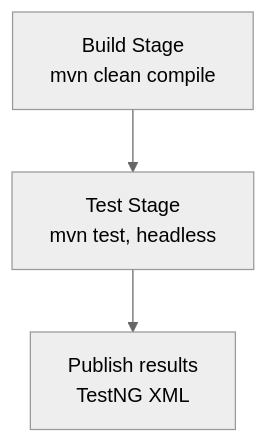
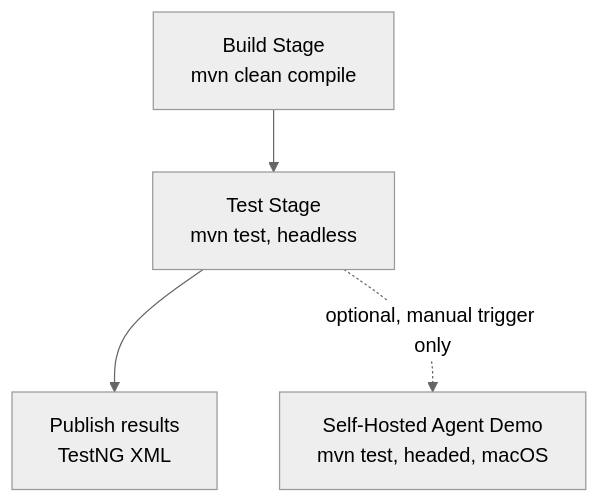
One commit to Manish12588/2026POMSeries changed the third of 3 diagrams in README.md. Above: the diagram before and after it, drawn with Mermaid (neutral theme). The commit also changed other lines of this file, not shown here.

````diff
--- a/README.md
+++ b/README.md
@@ -141,5 +141,6 @@
 ```mermaid
 flowchart TD
-    A["Build Stage<br/>mvn clean compile"] --> B["Test Stage<br/>mvn test, headless"]
-    B --> C["Publish results<br/>TestNG XML"]
+   A["Build Stage<br/>mvn clean compile"] --> B["Test Stage<br/>mvn test, headless"]
+   B --> C["Publish results<br/>TestNG XML"]
+   B -.optional, manual trigger only.-> D["Self-Hosted Agent Demo<br/>mvn test, headed, macOS"]
 ```
````
